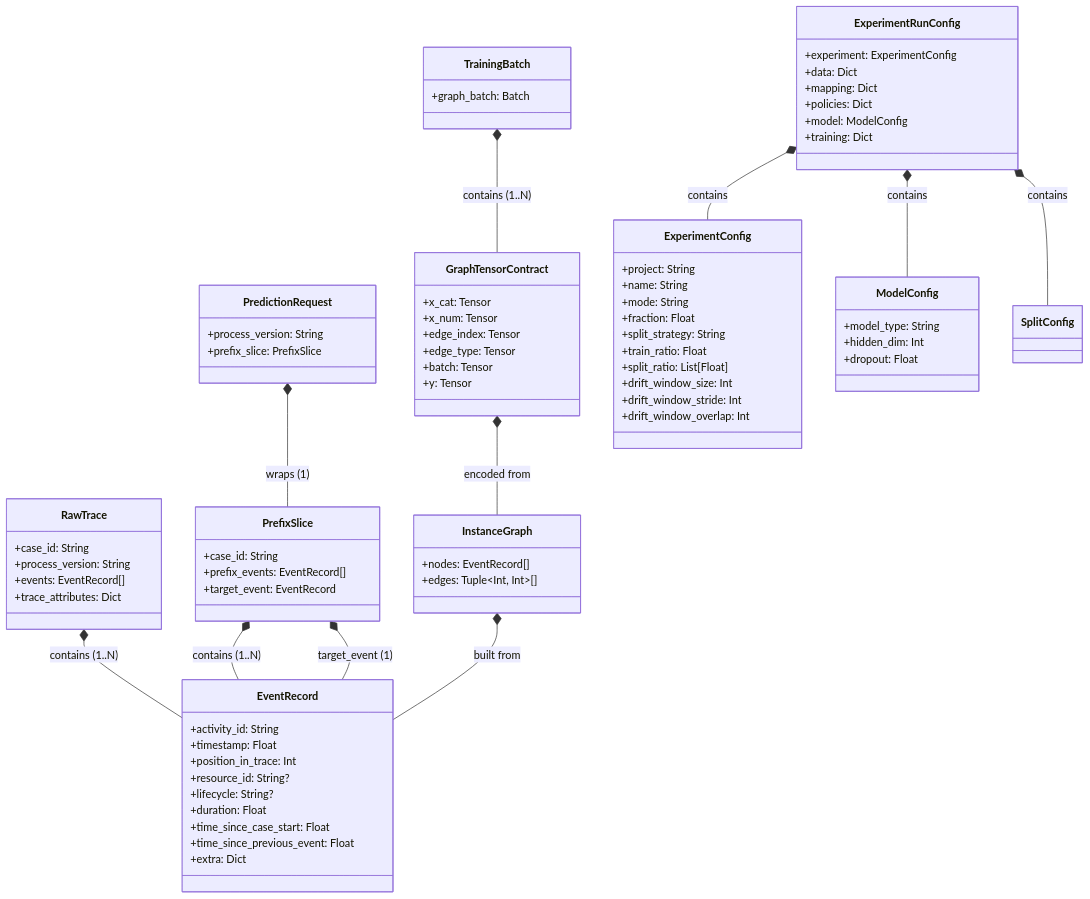
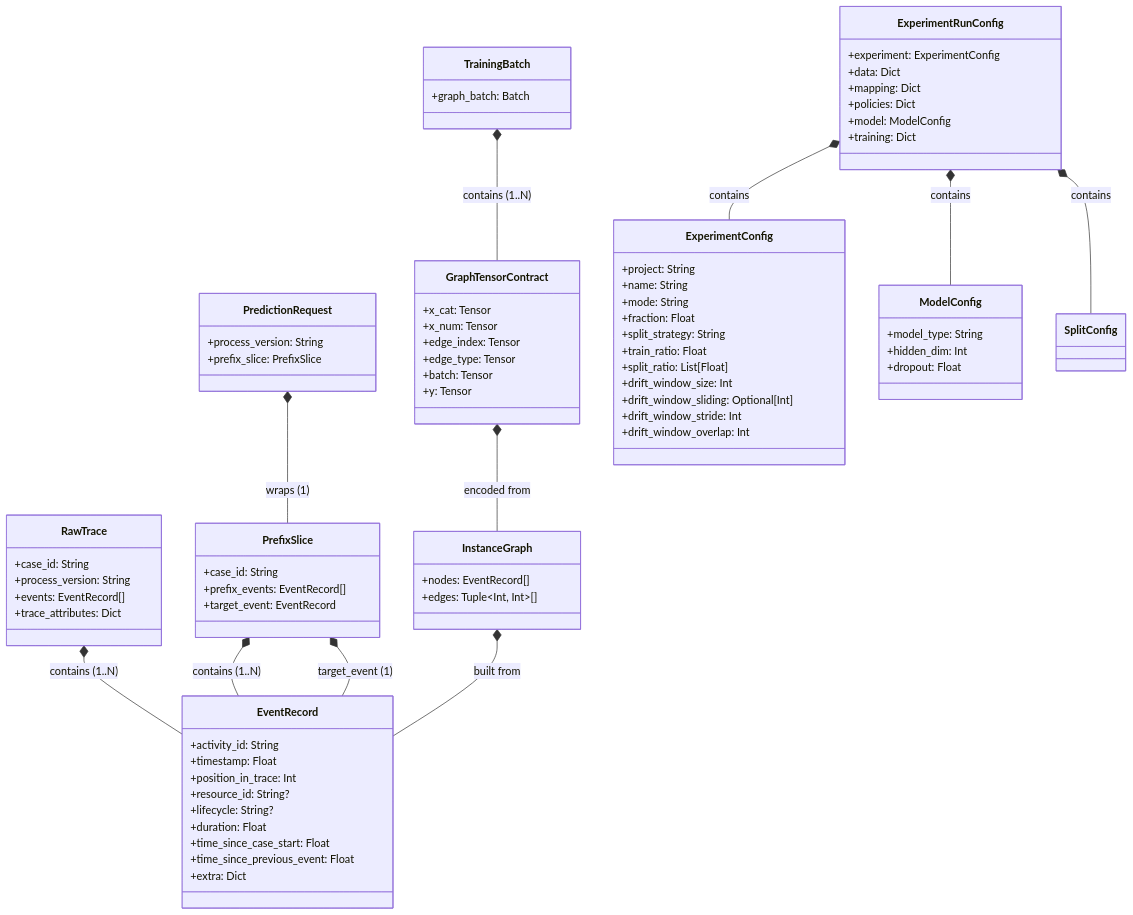
One commit to ghsrg/bpm_prediction changed the fourth of 4 diagrams in docs/DATA_MODEL_MVP1.MD. Above: the diagram before and after it, drawn with Mermaid. The commit also changed other lines of this file and 8 other files, not shown here.

Commit message:
Added drift_window_sliding

```diff
--- a/docs/DATA_MODEL_MVP1.MD
+++ b/docs/DATA_MODEL_MVP1.MD
@@ -323,6 +325,7 @@
         +train_ratio: Float
         +split_ratio: List[Float]
         +drift_window_size: Int
+        +drift_window_sliding: Optional[Int]
         +drift_window_stride: Int
         +drift_window_overlap: Int
     }
```
